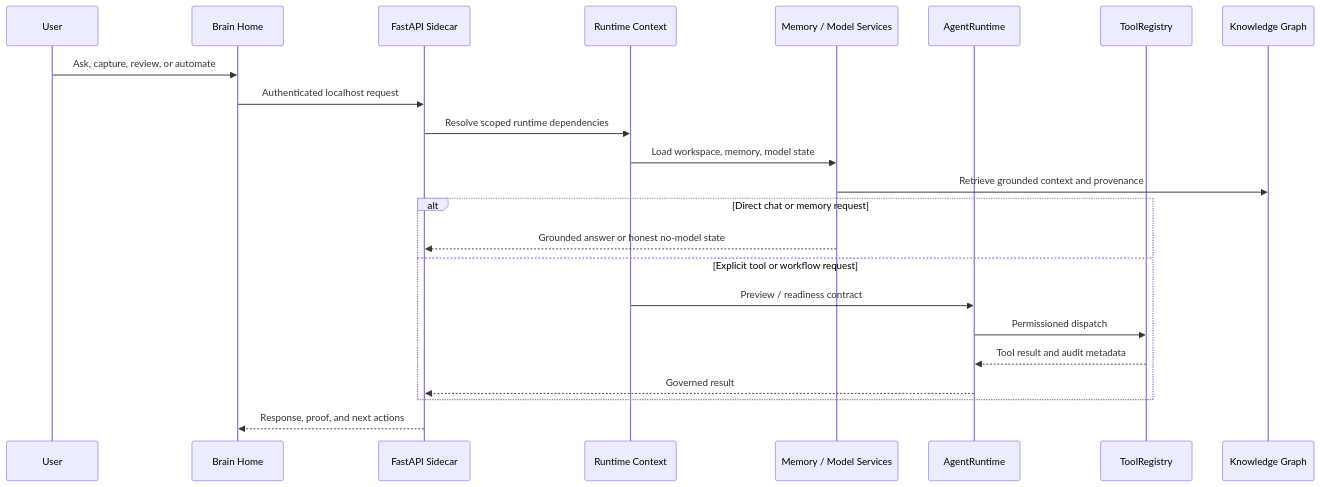
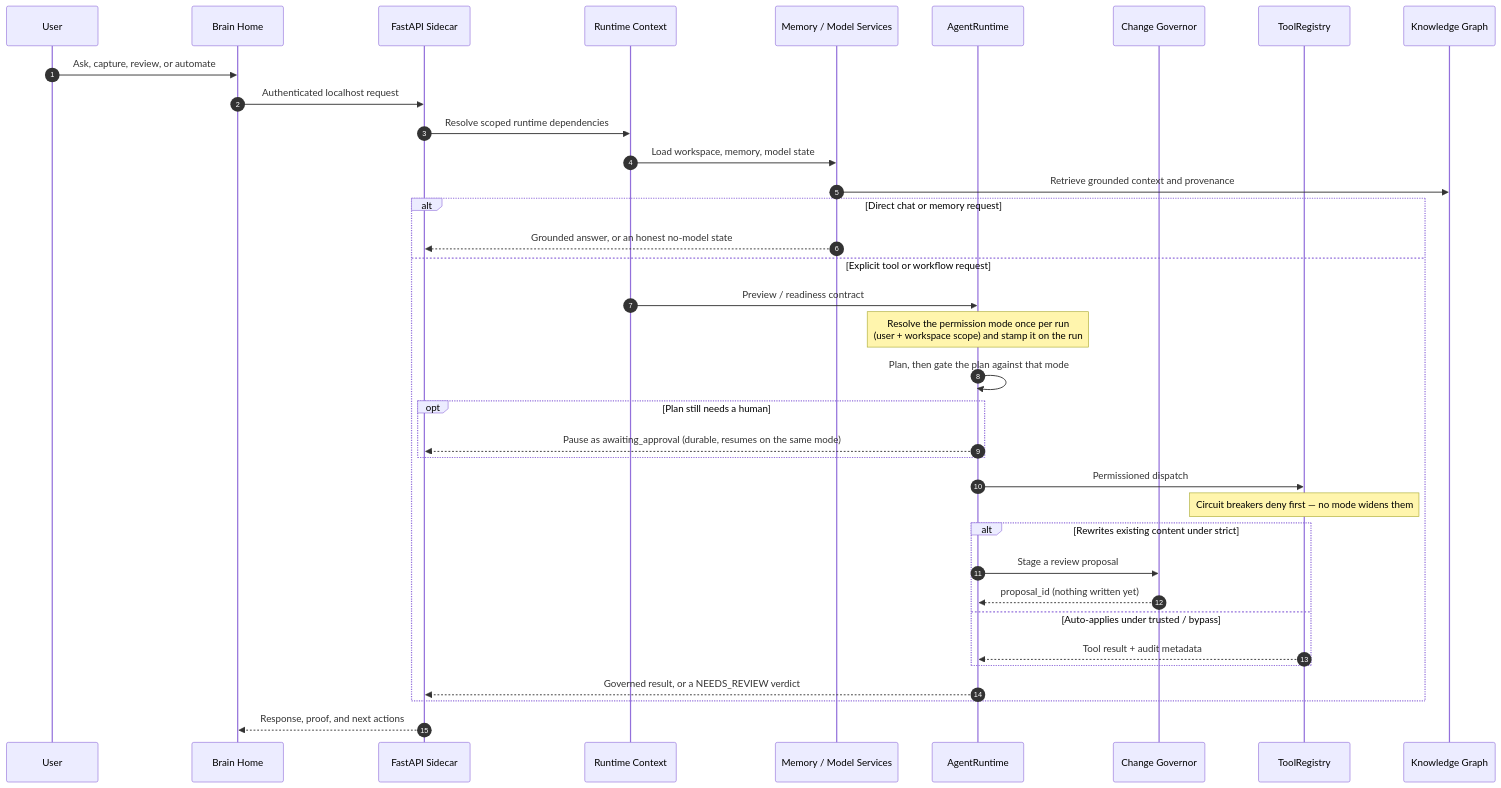
One commit to TaeSooPark-PTS/LatticeAI changed the second of 2 diagrams in ARCHITECTURE.md. Above: the diagram before and after it, drawn with Mermaid. The commit also changed other lines of this file and 144 other files, not shown here.

````diff
--- a/ARCHITECTURE.md
+++ b/ARCHITECTURE.md
@@ -86,26 +115,41 @@
 ```mermaid
 sequenceDiagram
+  autonumber
   participant U as User
   participant UI as Brain Home
   participant API as FastAPI Sidecar
   participant RT as Runtime Context
   participant MS as Memory / Model Services
   participant AR as AgentRuntime
+  participant CG as Change Governor
   participant TR as ToolRegistry
   participant KG as Knowledge Graph
 
   U->>UI: Ask, capture, review, or automate
   UI->>API: Authenticated localhost request
   API->>RT: Resolve scoped runtime dependencies
   RT->>MS: Load workspace, memory, model state
   MS->>KG: Retrieve grounded context and provenance
+
   alt Direct chat or memory request
-    MS-->>API: Grounded answer or honest no-model state
+    MS-->>API: Grounded answer, or an honest no-model state
   else Explicit tool or workflow request
     RT->>AR: Preview / readiness contract
+    Note over AR: Resolve the permission mode once per run<br/>(user + workspace scope) and stamp it on the run
+    AR->>AR: Plan, then gate the plan against that mode
+    opt Plan still needs a human
+      AR-->>API: Pause as awaiting_approval (durable, resumes on the same mode)
+    end
     AR->>TR: Permissioned dispatch
-    TR-->>AR: Tool result and audit metadata
-    AR-->>API: Governed result
+    Note over TR: Circuit breakers deny first — no mode widens them
+    alt Rewrites existing content under strict
+      AR->>CG: Stage a review proposal
+      CG-->>AR: proposal_id (nothing written yet)
+    else Auto-applies under trusted / bypass
+      TR-->>AR: Tool result + audit metadata
+    end
+    AR-->>API: Governed result, or a NEEDS_REVIEW verdict
   end
+
   API-->>UI: Response, proof, and next actions
 ```
````
